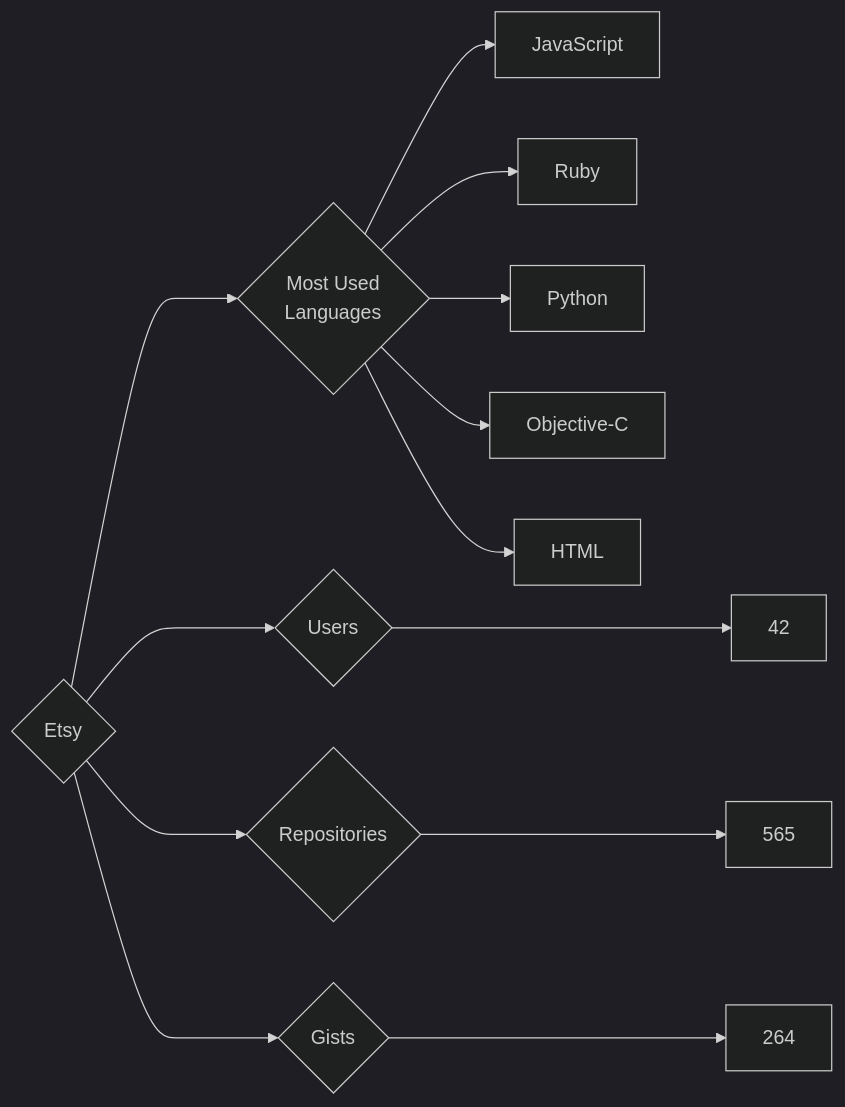
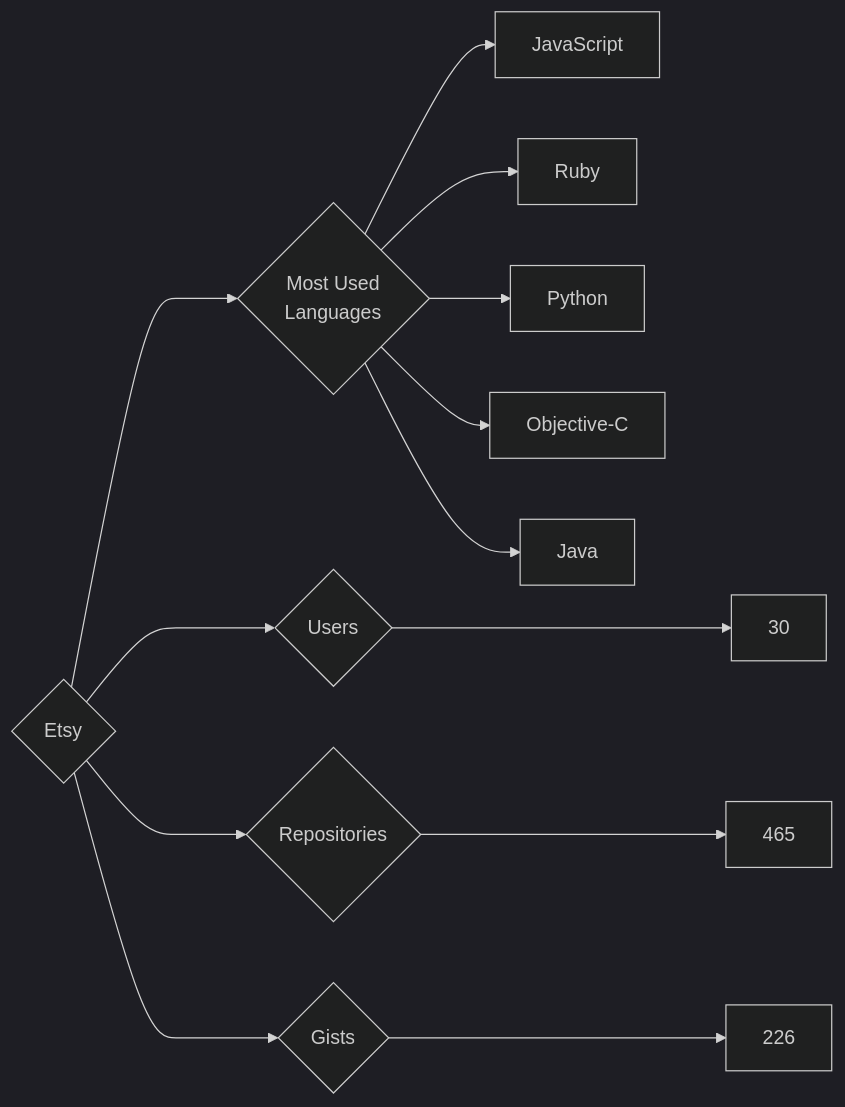
Before and after one commit to trickest/insiders: the diagram in targets/Etsy/README.md, drawn with Mermaid (dark theme). The commit also changed 930 other files, not shown here.

````diff
--- a/targets/Etsy/README.md
+++ b/targets/Etsy/README.md
@@ -3,13 +3,13 @@
 ```mermaid
 graph LR
 COMPANY_NAME{Etsy}
-COMPANY_NAME ---> U{Users} ---> UN[42]
-COMPANY_NAME ---> R{Repositories} ---> RN[565]
-COMPANY_NAME ---> G{Gists} ---> GN[264]
+COMPANY_NAME ---> U{Users} ---> UN[30]
+COMPANY_NAME ---> R{Repositories} ---> RN[465]
+COMPANY_NAME ---> G{Gists} ---> GN[226]
 COMPANY_NAME ---> ML{Most Used<br>Languages}
 ML --> JavaScript[JavaScript]
 ML --> Ruby[Ruby]
 ML --> Python[Python]
 ML --> Objective-C[Objective-C]
-ML --> HTML[HTML]
+ML --> Java[Java]
 ```
````
